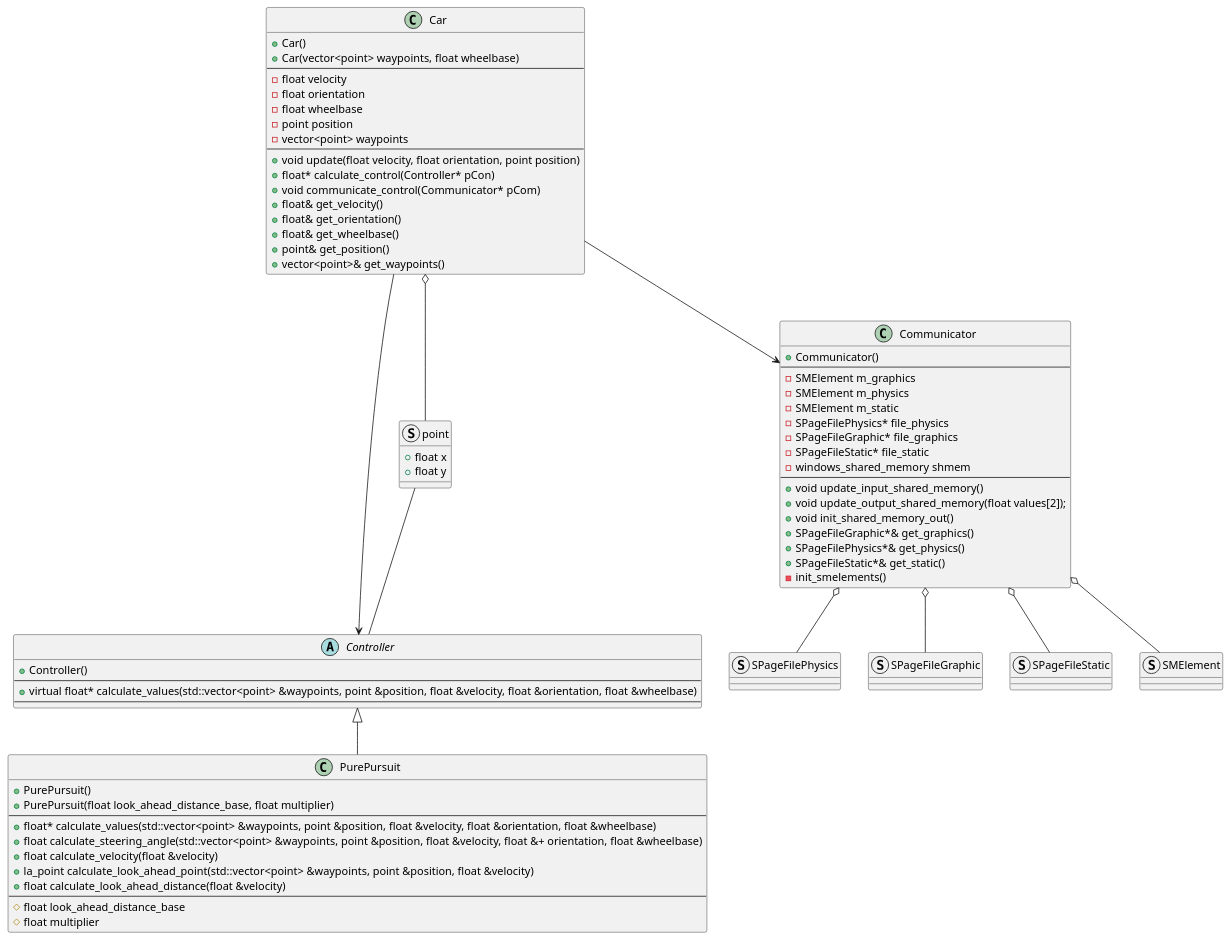
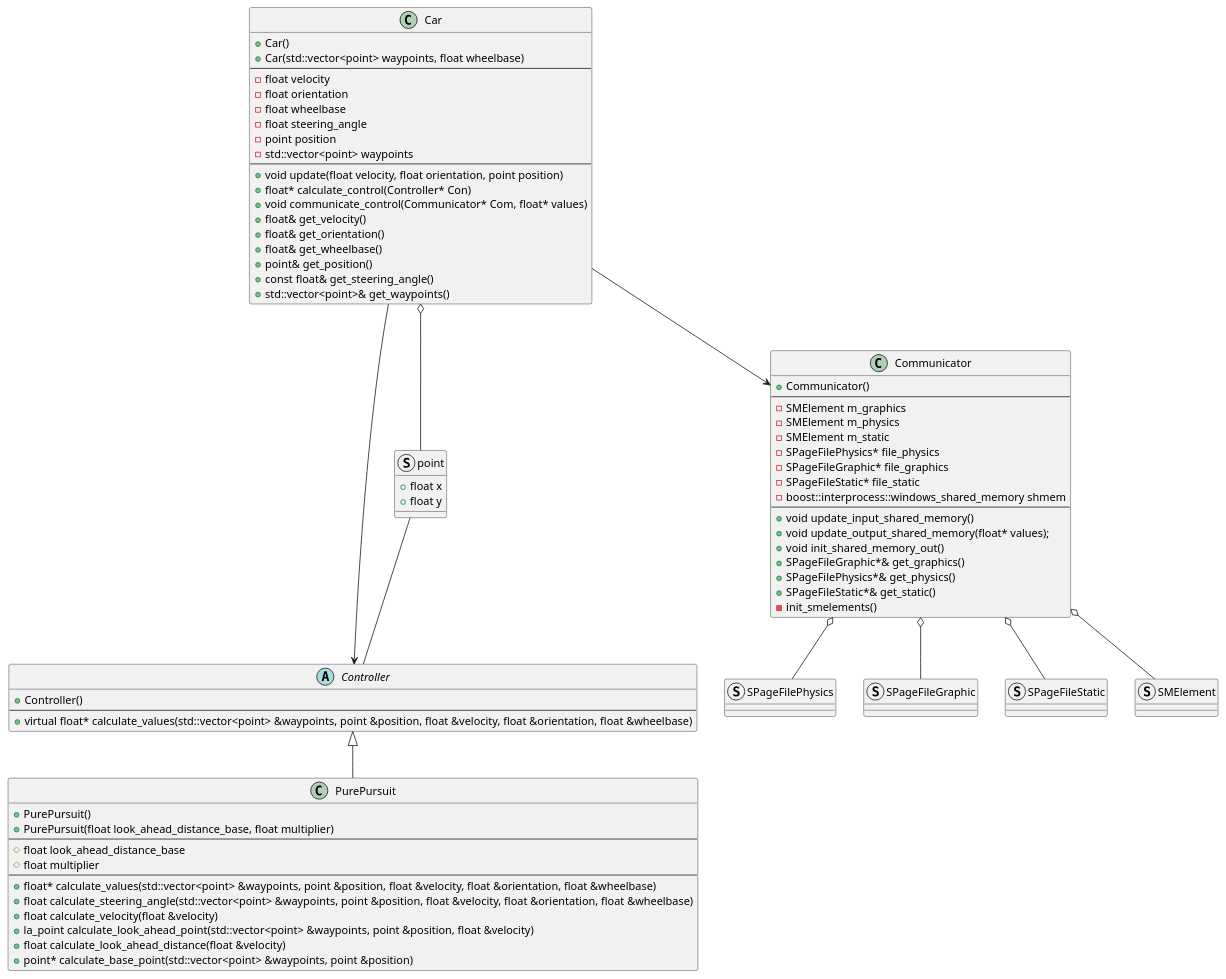
Before and after one commit to lukas132465/assetto_autonomous: the diagram in UML.md, drawn with PlantUML. The commit also changed 1 other file, not shown here.

Commit message:
Update UML diagram

```diff
--- a/UML.md
+++ b/UML.md
@@ -5,7 +5,6 @@
     + Controller()
     --
     + virtual float* calculate_values(std::vector<point> &waypoints, point &position, float &velocity, float &orientation, float &wheelbase)
-    --
 }
 
 class PurePursuit
@@ -13,35 +12,38 @@
     + PurePursuit()
     + PurePursuit(float look_ahead_distance_base, float multiplier)
     --
+    # float look_ahead_distance_base
+    # float multiplier
+    --
     + float* calculate_values(std::vector<point> &waypoints, point &position, float &velocity, float &orientation, float &wheelbase)
-    + float calculate_steering_angle(std::vector<point> &waypoints, point &position, float &velocity, float &+ orientation, float &wheelbase)
+    + float calculate_steering_angle(std::vector<point> &waypoints, point &position, float &velocity, float &orientation, float &wheelbase)
     + float calculate_velocity(float &velocity)
     + la_point calculate_look_ahead_point(std::vector<point> &waypoints, point &position, float &velocity)
     + float calculate_look_ahead_distance(float &velocity)
-    --
-    # float look_ahead_distance_base
-    # float multiplier
+    + point* calculate_base_point(std::vector<point> &waypoints, point &position)
 }
 
 class Car
 {
     + Car()
-    + Car(vector<point> waypoints, float wheelbase)
+    + Car(std::vector<point> waypoints, float wheelbase)
     --
     - float velocity
     - float orientation
     - float wheelbase
+    - float steering_angle
     - point position
-    - vector<point> waypoints
+    - std::vector<point> waypoints
     --
     + void update(float velocity, float orientation, point position)
-    + float* calculate_control(Controller* pCon)
-    + void communicate_control(Communicator* pCom)
+    + float* calculate_control(Controller* Con)
+    + void communicate_control(Communicator* Com, float* values)
     + float& get_velocity()
     + float& get_orientation()
     + float& get_wheelbase()
     + point& get_position()
-    + vector<point>& get_waypoints()
+    + const float& get_steering_angle()
+    + std::vector<point>& get_waypoints()
 }
 
 class Communicator
@@ -54,10 +56,10 @@
     - SPageFilePhysics* file_physics
     - SPageFileGraphic* file_graphics
     - SPageFileStatic* file_static
-    - windows_shared_memory shmem
+    - boost::interprocess::windows_shared_memory shmem
     --
     + void update_input_shared_memory()
-    + void update_output_shared_memory(float values[2]);
+    + void update_output_shared_memory(float* values);
     + void init_shared_memory_out()
     + SPageFileGraphic*& get_graphics()
     + SPageFilePhysics*& get_physics()
```
